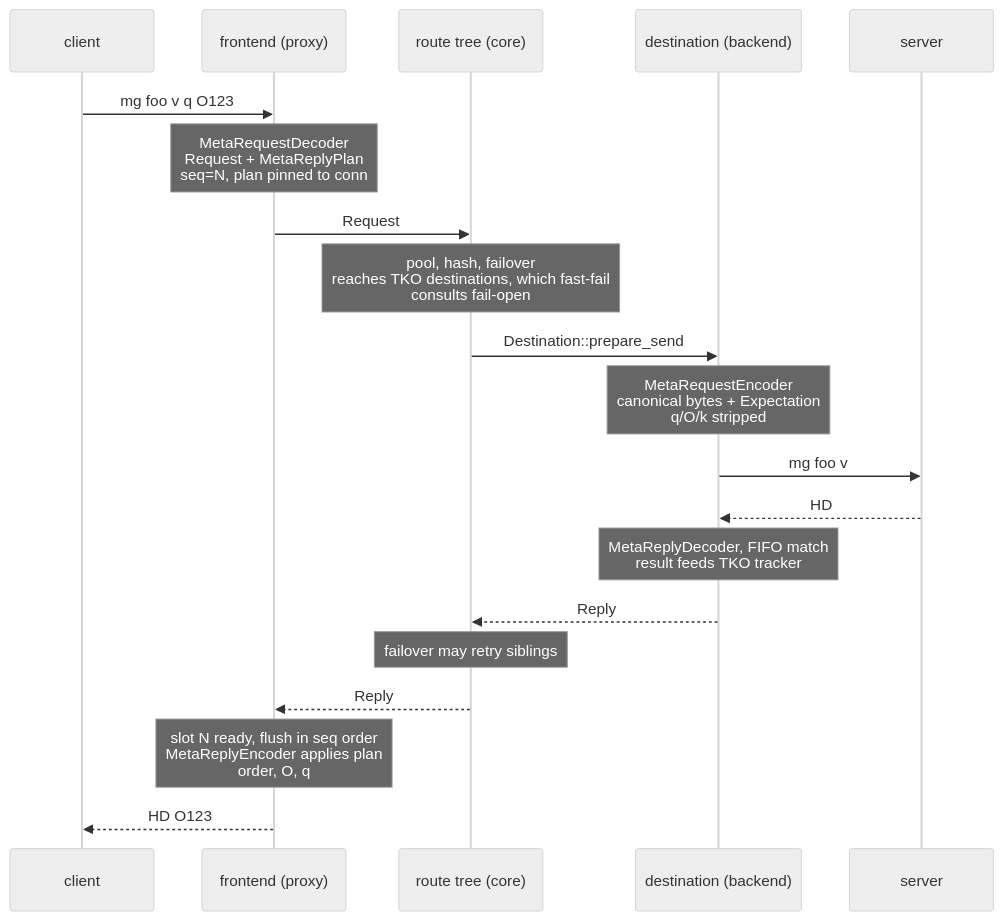
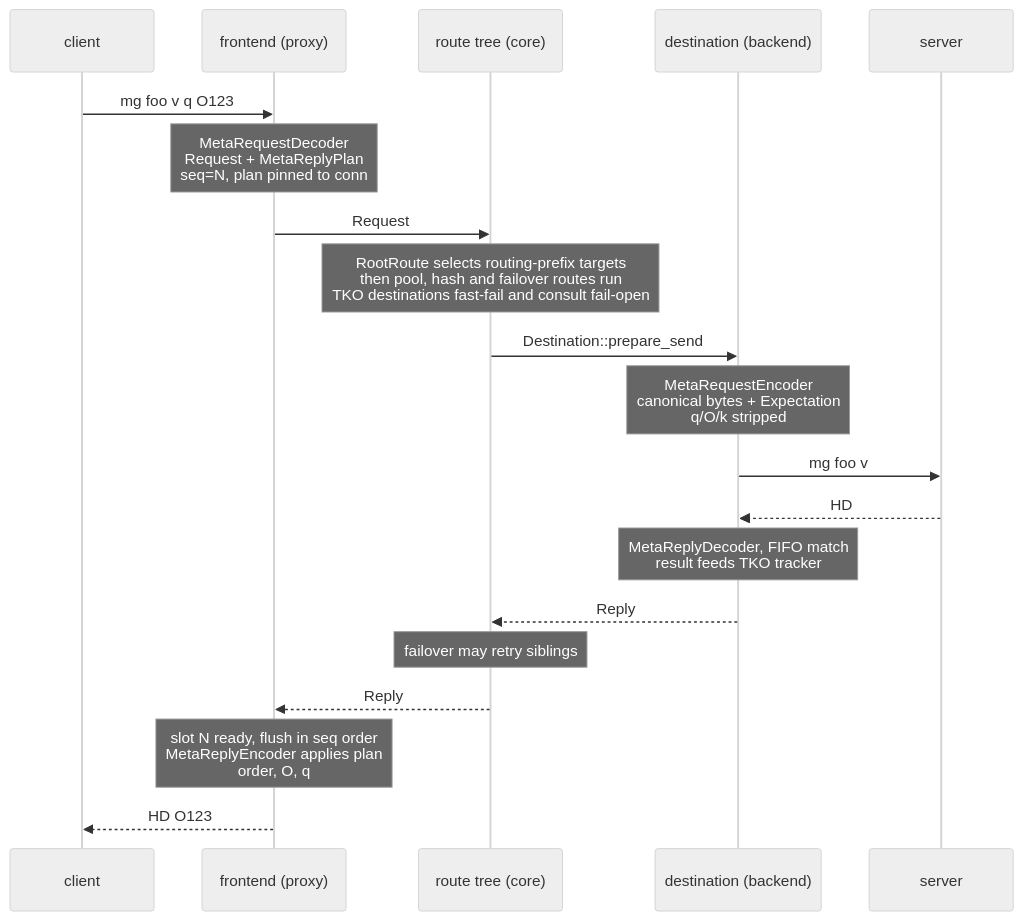
Before and after one commit to raydatray/rusty-mcrouter: the third of 3 diagrams in docs/architecture/README.md, drawn with Mermaid (neutral theme). The commit also changed other lines of this file and 2 other files, not shown here.

Commit message:
[15/n][docs] document prefixed routing and fanout

````diff
--- a/docs/architecture/README.md
+++ b/docs/architecture/README.md
@@ -85,23 +87,23 @@
 ```mermaid
 sequenceDiagram
     participant C as client
     participant P as frontend (proxy)
     participant R as route tree (core)
     participant D as destination (backend)
     participant S as server
 
     C->>P: mg foo v q O123
     Note over P: MetaRequestDecoder<br/>Request + MetaReplyPlan<br/>seq=N, plan pinned to conn
     P->>R: Request
-    Note over R: pool, hash, failover<br/>reaches TKO destinations, which fast-fail<br/>consults fail-open
+    Note over R: RootRoute selects routing-prefix targets<br/>then pool, hash and failover routes run<br/>TKO destinations fast-fail and consult fail-open
     R->>D: Destination::prepare_send
     Note over D: MetaRequestEncoder<br/>canonical bytes + Expectation<br/>q/O/k stripped
     D->>S: mg foo v
     S-->>D: HD
     Note over D: MetaReplyDecoder, FIFO match<br/>result feeds TKO tracker
     D-->>R: Reply
     Note over R: failover may retry siblings
     R-->>P: Reply
     Note over P: slot N ready, flush in seq order<br/>MetaReplyEncoder applies plan<br/>order, O, q
     P-->>C: HD O123
 ```
````
